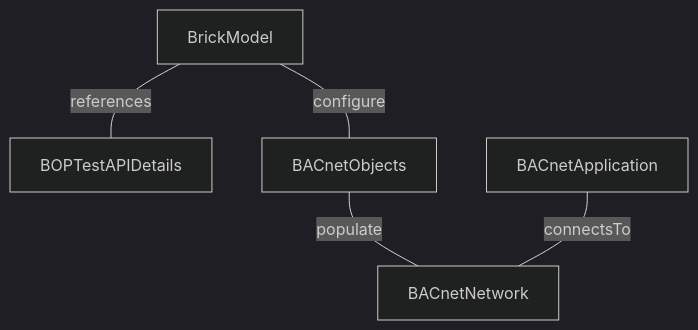
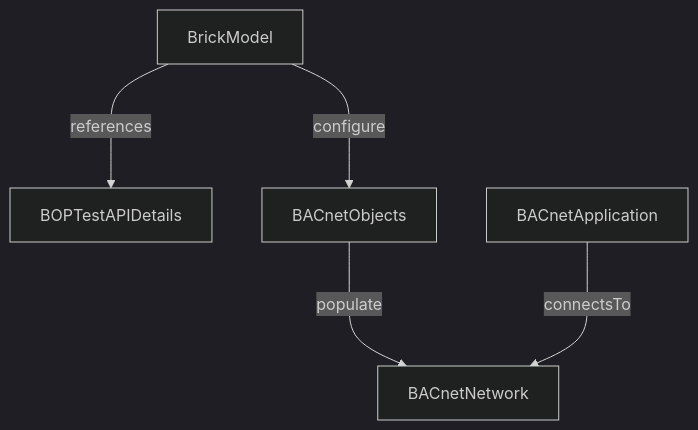
The diagram in README.md (lazlop/boptest-bacnet-proxy), drawn with Mermaid (dark theme) before and after one commit.

````diff
--- a/README.md
+++ b/README.md
@@ -123,7 +123,7 @@
 ```mermaid
 graph TD
-    BrickModel ---|references| BOPTestAPIDetails
-    BrickModel ---|configure| BACnetObjects
-    BACnetObjects ---|populate| BACnetNetwork
-    BACnetApplication ---|connectsTo| BACnetNetwork
+    BrickModel --->|references| BOPTestAPIDetails
+    BrickModel --->|configure| BACnetObjects
+    BACnetObjects --->|populate| BACnetNetwork
+    BACnetApplication --->|connectsTo| BACnetNetwork
 ```
````
